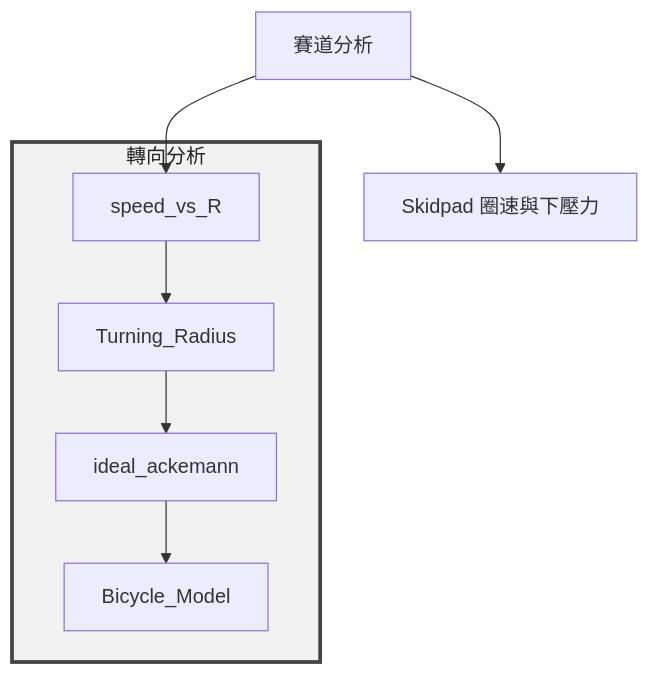
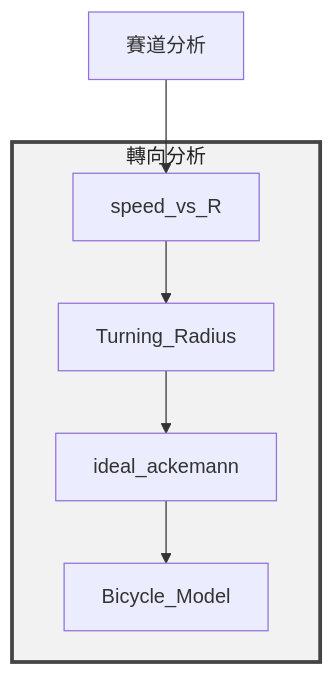
One commit to DannyHsuC10/Parametric-design changed the diagram in analysis/cornering/README.md. Above: the diagram before and after it, drawn with Mermaid. The commit also changed 73 other files, not shown here.

````diff
--- a/analysis/cornering/README.md
+++ b/analysis/cornering/README.md
@@ -5,15 +5,14 @@
 ```mermaid
 graph TD
     track[賽道分析] --> speed[speed_vs_R]
     speed --> radius[Turning_Radius]
     radius --> ackermann[ideal_ackemann]
     ackermann --> bicycle[Bicycle_Model]
-    track --> skidpad[Skidpad 圈速與下壓力]
     subgraph turn_group[轉向分析]
         speed
         radius
         ackermann
         bicycle
     end
     style turn_group fill:#f2f2f2,stroke:#444444,stroke-width:3px,color:#222222
 ```
````
